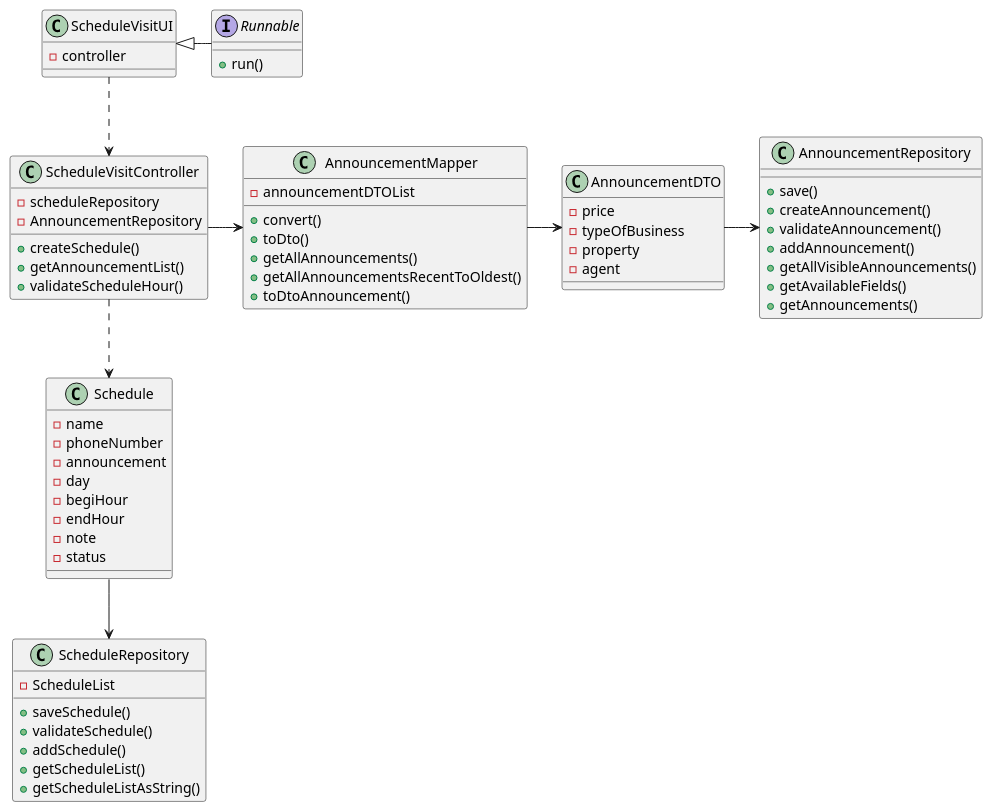
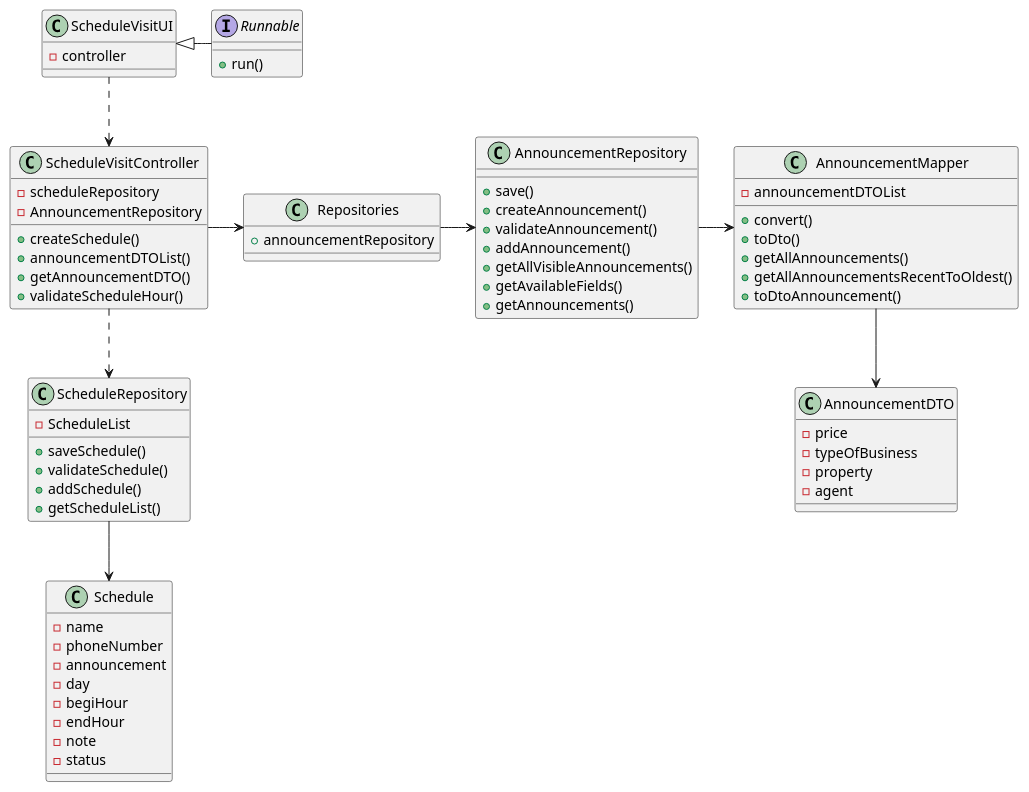
One commit to tiagohcorreia/LAPR2 changed the diagram in docs/sprintD/US009/03.design/puml/CD.puml. Above: the diagram before and after it, drawn with PlantUML. The commit also changed 4 other files, not shown here.

```diff
--- a/docs/sprintD/US009/03.design/puml/CD.puml
+++ b/docs/sprintD/US009/03.design/puml/CD.puml
@@ -1,81 +1,86 @@
 @startuml
 
 interface Runnable {
 
     + run()
 }
 
 class ScheduleVisitUI {
     - controller
 }
 
 class ScheduleVisitController {
 
     - scheduleRepository
     - AnnouncementRepository
     + createSchedule()
-    + getAnnouncementList()
+    + announcementDTOList()
+    + getAnnouncementDTO()
     + validateScheduleHour()
 
 }
 
 class Schedule {
 
     - name
     - phoneNumber
     - announcement
     - day
     - begiHour
     - endHour
     - note
     - status
 }
+class Repositories {
+
+    + announcementRepository
+}
 
 class ScheduleRepository {
 
     - ScheduleList
     + saveSchedule()
     + validateSchedule()
     + addSchedule()
     + getScheduleList()
-    + getScheduleListAsString()
 }
 
 class AnnouncementRepository {
 
     + save()
     + createAnnouncement()
     + validateAnnouncement()
     + addAnnouncement()
     + getAllVisibleAnnouncements()
     + getAvailableFields()
     + getAnnouncements()
 }
 
 class AnnouncementDTO {
 
     - price
     - typeOfBusiness
     - property
     - agent
 }
 class AnnouncementMapper {
 
     - announcementDTOList
     + convert()
     + toDto()
     + getAllAnnouncements()
     + getAllAnnouncementsRecentToOldest()
     + toDtoAnnouncement()
 }
 
 
 Runnable -left-|> ScheduleVisitUI
 ScheduleVisitUI ..> ScheduleVisitController
-ScheduleVisitController -> AnnouncementMapper
-AnnouncementMapper -> AnnouncementDTO
-AnnouncementDTO -> AnnouncementRepository
-ScheduleVisitController ..> Schedule
-Schedule --> ScheduleRepository
+ScheduleVisitController -> Repositories
+Repositories -> AnnouncementRepository
+AnnouncementRepository -> AnnouncementMapper
+AnnouncementMapper --> AnnouncementDTO
+ScheduleVisitController ..> ScheduleRepository
+ScheduleRepository --> Schedule
 
 @enduml
```
